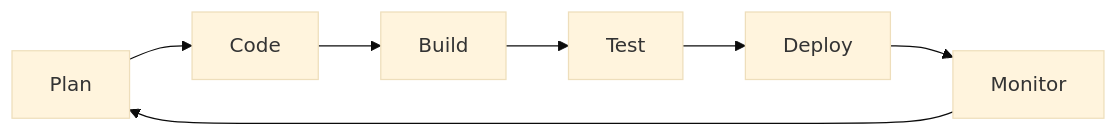
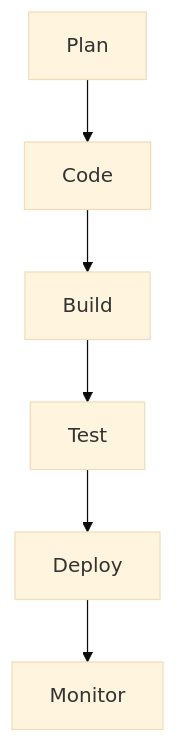
Before and after one commit to Arminxrr/devops-teaching-guide: the diagram in 01-แนะนำ-devops/วงจร-devops-lifecycle.md, drawn with Mermaid (base theme). The commit also changed other lines of this file and 2 other files, not shown here.

````diff
--- a/01-แนะนำ-devops/วงจร-devops-lifecycle.md
+++ b/01-แนะนำ-devops/วงจร-devops-lifecycle.md
@@ -3,9 +3,8 @@
 ```mermaid
-graph LR
+graph
 A[Plan] --> B[Code]
 B --> C[Build]
 C --> D[Test]
 D --> E[Deploy]
 E --> F[Monitor]
-F --> A
 ```
````
